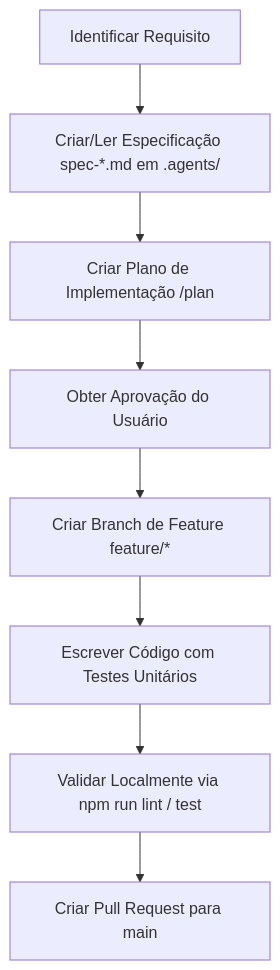
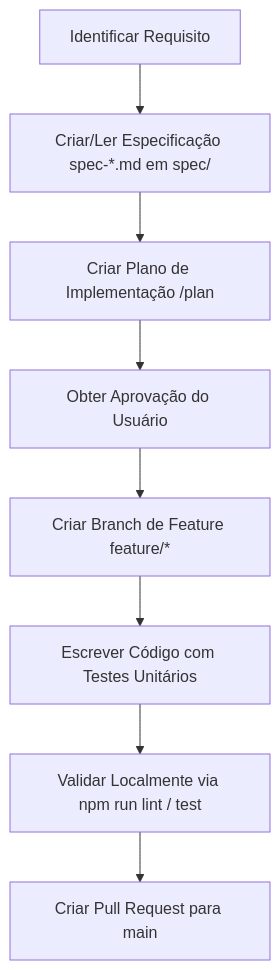
One commit to carlosrgomes/lab-antigrafity-workflow changed the diagram in GEMINI.md. Above: the diagram before and after it, drawn with Mermaid. The commit also changed other lines of this file and 2 other files, not shown here.

Commit message:
refactor: move spec file to root spec/ directory and update references

````diff
--- a/GEMINI.md
+++ b/GEMINI.md
@@ -32,10 +32,10 @@
 ```mermaid
 graph TD
-    A[Identificar Requisito] --> B[Criar/Ler Especificação spec-*.md em .agents/]
+    A[Identificar Requisito] --> B[Criar/Ler Especificação spec-*.md em spec/]
     B --> C[Criar Plano de Implementação /plan]
     C --> D[Obter Aprovação do Usuário]
     D --> E[Criar Branch de Feature feature/*]
     E --> F[Escrever Código com Testes Unitários]
     F --> G[Validar Localmente via npm run lint / test]
     G --> H[Criar Pull Request para main]
 ```
````
